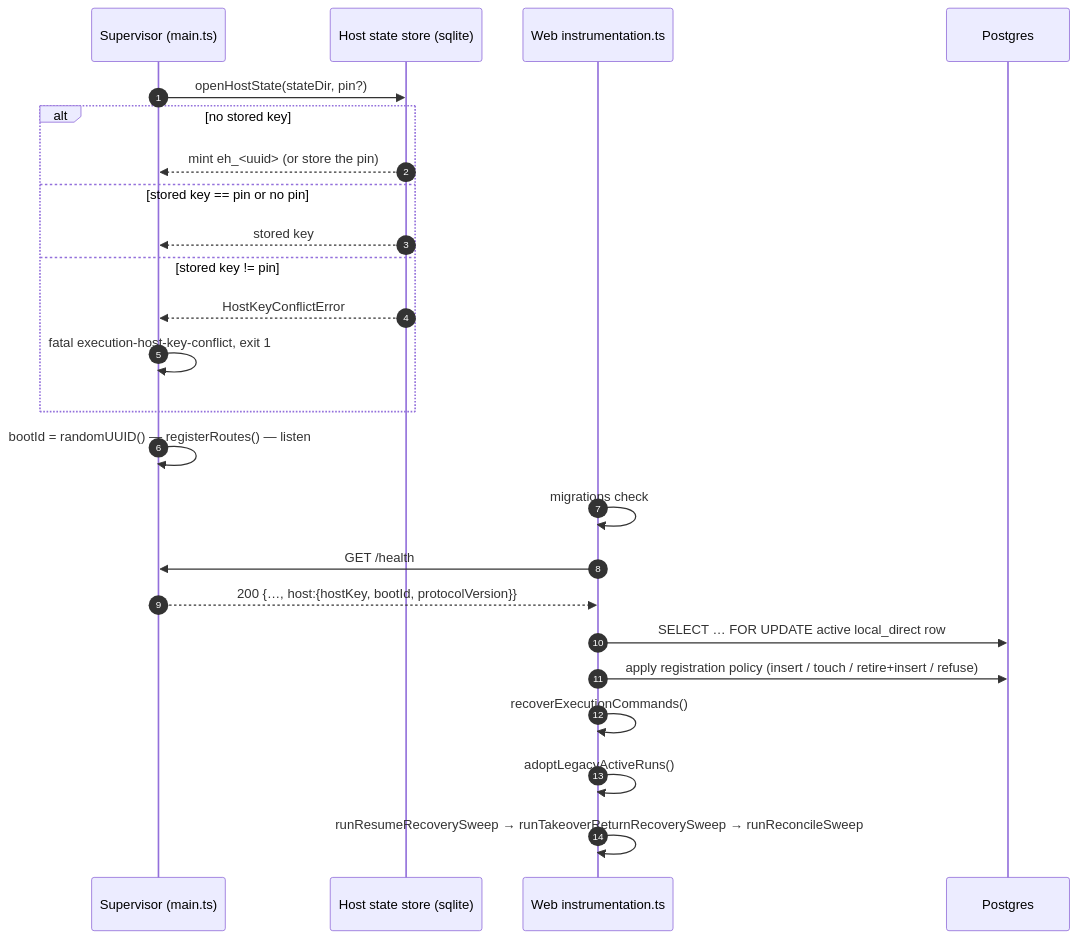
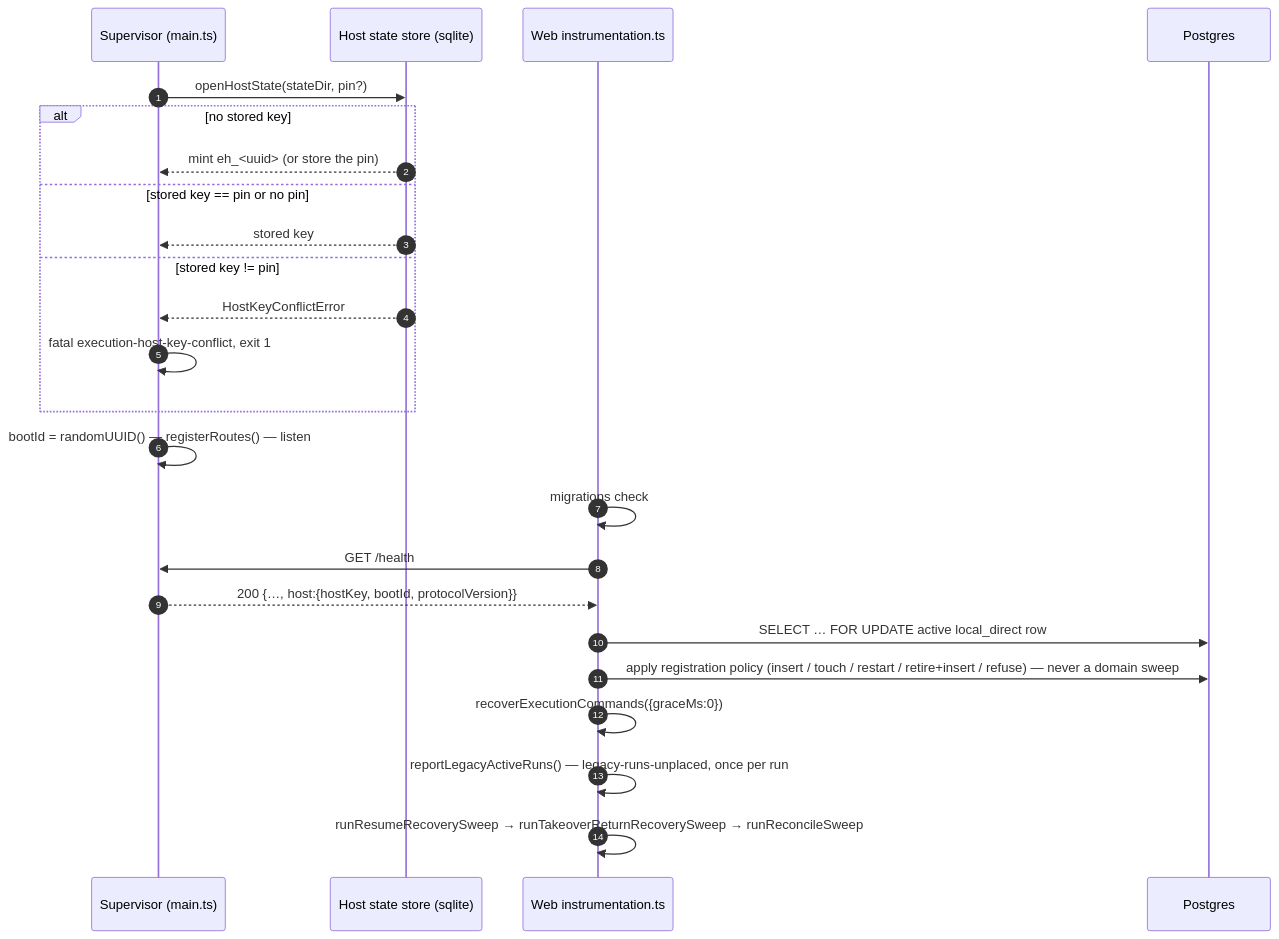
Before and after one commit to maister-dev/maister: the fourth of 10 diagrams in docs/system-analytics/execution-hosts.md, drawn with Mermaid. The commit also changed other lines of this file and 139 other files, not shown here.

First line of the commit message:
fix(execution-host): review fixes — resolver self-wait, allow-list sweep, released handles, bind-by-assignment, fenced yields, fake parity

````diff
--- a/docs/system-analytics/execution-hosts.md
+++ b/docs/system-analytics/execution-hosts.md
@@ -161,26 +205,26 @@
 ```mermaid
 sequenceDiagram
     autonumber
     participant SUP as Supervisor (main.ts)
     participant ST as Host state store (sqlite)
     participant WEB as Web instrumentation.ts
     participant PG as Postgres
     SUP->>ST: openHostState(stateDir, pin?)
     alt no stored key
         ST-->>SUP: mint eh_<uuid> (or store the pin)
     else stored key == pin or no pin
         ST-->>SUP: stored key
     else stored key != pin
         ST-->>SUP: HostKeyConflictError
         SUP->>SUP: fatal execution-host-key-conflict, exit 1
     end
     SUP->>SUP: bootId = randomUUID() — registerRoutes() — listen
     WEB->>WEB: migrations check
     WEB->>SUP: GET /health
     SUP-->>WEB: 200 {…, host:{hostKey, bootId, protocolVersion}}
     WEB->>PG: SELECT … FOR UPDATE active local_direct row
-    WEB->>PG: apply registration policy (insert / touch / retire+insert / refuse)
-    WEB->>WEB: recoverExecutionCommands()
-    WEB->>WEB: adoptLegacyActiveRuns()
+    WEB->>PG: apply registration policy (insert / touch / restart / retire+insert / refuse) — never a domain sweep
+    WEB->>WEB: recoverExecutionCommands({graceMs:0})
+    WEB->>WEB: reportLegacyActiveRuns() — legacy-runs-unplaced, once per run
     WEB->>WEB: runResumeRecoverySweep → runTakeoverReturnRecoverySweep → runReconcileSweep
 ```
````
